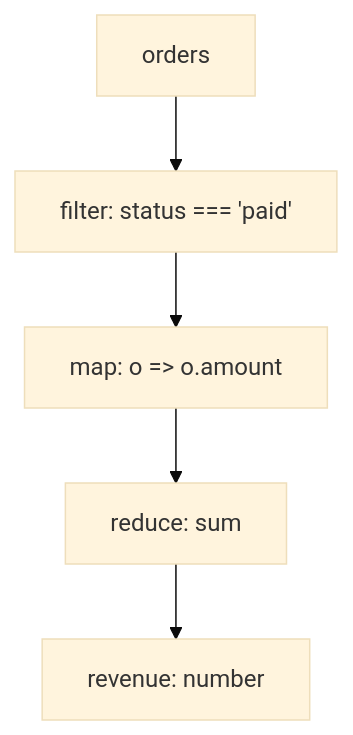
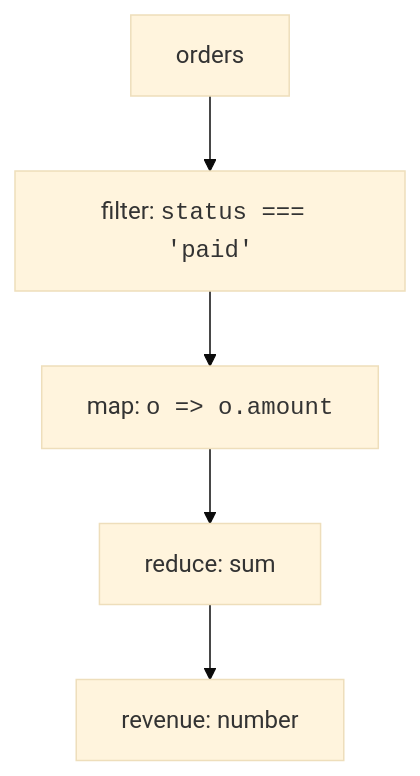
One commit to dataslope/dataslope changed the diagram in content/learn/beginners-javascript/map-filter-reduce.mdx. Above: the diagram before and after it, drawn with Mermaid (base theme). The commit also changed 56 other files, not shown here.

````diff
--- a/content/learn/beginners-javascript/map-filter-reduce.mdx
+++ b/content/learn/beginners-javascript/map-filter-reduce.mdx
@@ -246,7 +246,7 @@
 ```mermaid
 flowchart TD
-    A[orders] --> B["filter: status === 'paid'"]
-    B --> C["map: o => o.amount"]
+    A[orders] --> B["filter: <code>status === 'paid'</code>"]
+    B --> C["map: <code>o =&gt; o.amount</code>"]
     C --> D["reduce: sum"]
     D --> E[revenue: number]
 ```
````
